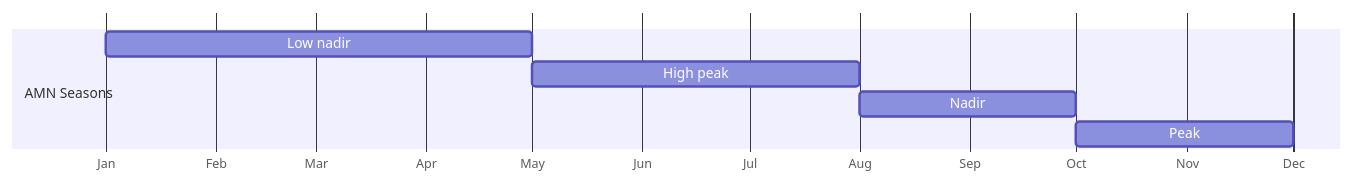
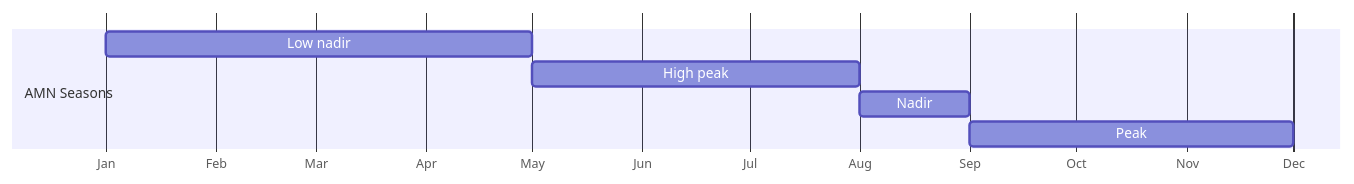
Before and after one commit to nutimes/som-sam-admit: the sixth of 10 diagrams in report.qmd, drawn with Mermaid. The commit also changed other lines of this file, not shown here.

````diff
--- a/report.qmd
+++ b/report.qmd
@@ -658,13 +669,13 @@
 ```{mermaid}
 %%| label: fig-amn-seasonal-calendar-urbanipds
 %%| fig-cap: AMN seasonal calendar for urban/IDPs livelihood systems
 gantt
     dateFormat M
     axisFormat %b
     todayMarker off
     section AMN Seasons
     Low nadir :1, 5
     High peak :5, 8
-    Nadir :8, 10
-    Peak :10, 12
+    Nadir :8, 9
+    Peak :9, 12
 ```
````
